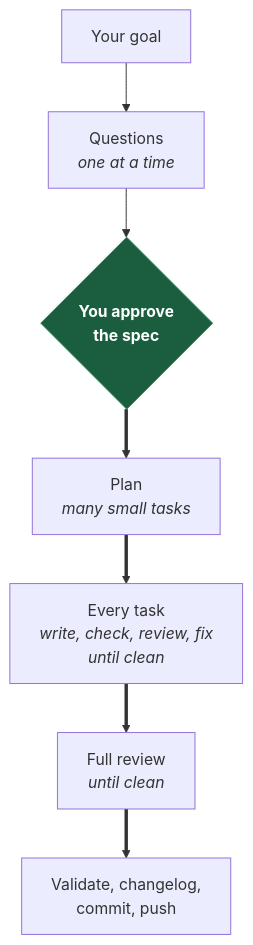
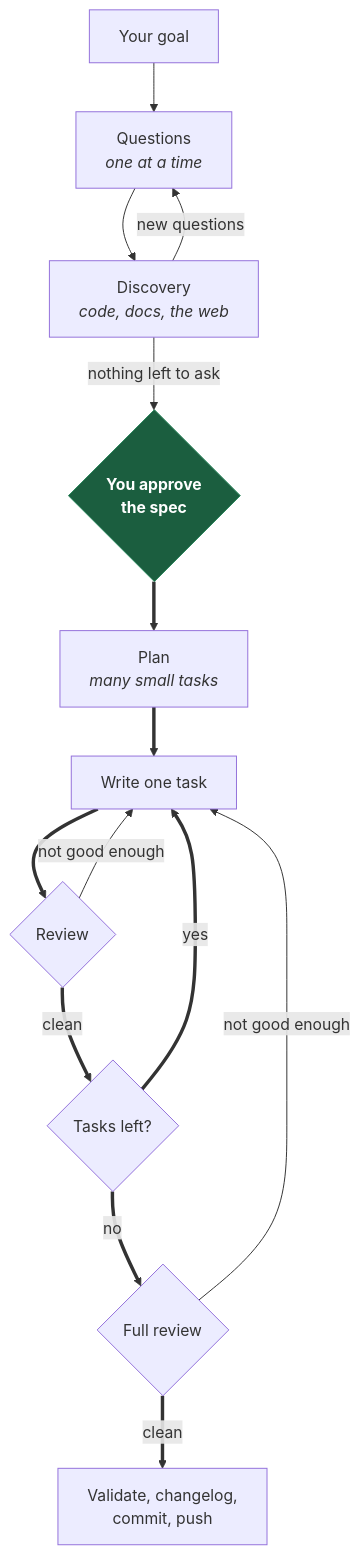
The diagram in README.md (anthonydaros/my-plan-claude-plugin), drawn with Mermaid before and after one commit. The commit also changed other lines of this file and 4 other files, not shown here.

````diff
--- a/README.md
+++ b/README.md
@@ -72,12 +72,21 @@
 ```mermaid
 flowchart TD
     A["Your goal"] --> B["Questions<br/><i>one at a time</i>"]
-    B --> C{"You approve<br/>the spec"}
-    C ==> D["Plan<br/><i>many small tasks</i>"]
-    D ==> E["Every task<br/><i>write, check, review, fix<br/>until clean</i>"]
-    E ==> F["Full review<br/><i>until clean</i>"]
-    F ==> G["Validate, changelog,<br/>commit, push"]
+    B --> D["Discovery<br/><i>code, docs, the web</i>"]
+    D -->|"new questions"| B
+    D -->|"nothing left to ask"| C{"You approve<br/>the spec"}
+
+    C ==> P["Plan<br/><i>many small tasks</i>"]
+    P ==> T["Write one task"]
+    T ==> R{"Review"}
+    R -->|"not good enough"| T
+    R ==>|"clean"| M{"Tasks left?"}
+    M ==>|"yes"| T
+
+    M ==>|"no"| F{"Full review"}
+    F -->|"not good enough"| T
+    F ==>|"clean"| S["Validate, changelog,<br/>commit, push"]
 
     classDef gate fill:#1b5e3f,stroke:#2d8a5f,color:#fff,font-weight:bold
     class C gate
 ```
````
